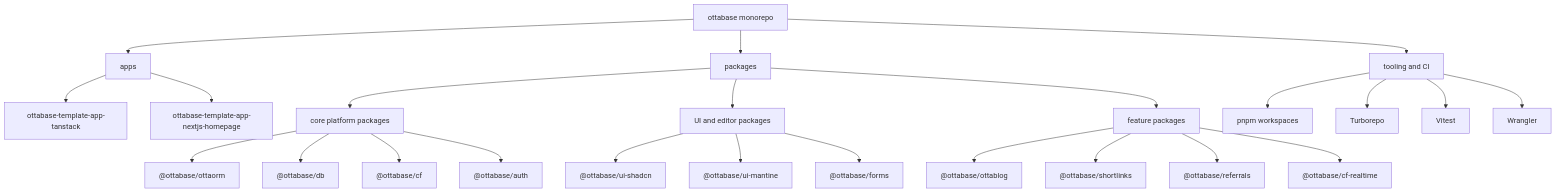
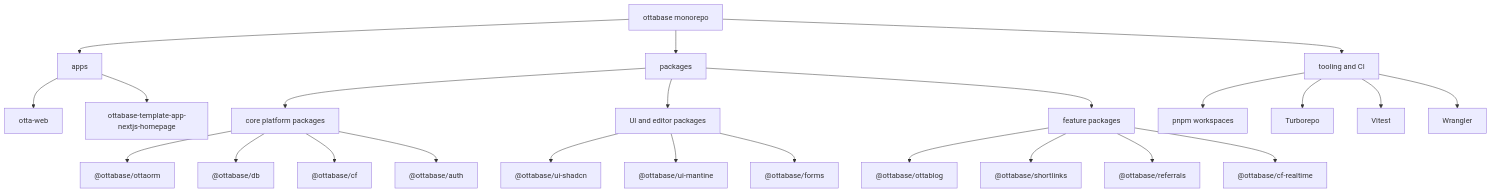
One commit to MikkelScheike/ottabase changed the first of 13 diagrams in ARCHITECTURE.md. Above: the diagram before and after it, drawn with Mermaid. The commit also changed other lines of this file and 364 other files, not shown here.

First line of the commit message:
Rename `ottabase-template-app-tanstack` to `otta-web`

````diff
--- a/ARCHITECTURE.md
+++ b/ARCHITECTURE.md
@@ -16,34 +16,34 @@
 ```mermaid
 flowchart TB
     Root[ottabase monorepo]
 
     Root --> Apps[apps]
     Root --> Packages[packages]
     Root --> Tooling[tooling and CI]
 
-    Apps --> TanStack[ottabase-template-app-tanstack]
+    Apps --> TanStack[otta-web]
     Apps --> Homepage[ottabase-template-app-nextjs-homepage]
 
     Packages --> Core[core platform packages]
     Packages --> UI[UI and editor packages]
     Packages --> Feature[feature packages]
 
     Core --> OttaORM["@ottabase/ottaorm"]
     Core --> DB["@ottabase/db"]
     Core --> CF["@ottabase/cf"]
     Core --> Auth["@ottabase/auth"]
 
     UI --> Shadcn["@ottabase/ui-shadcn"]
     UI --> Mantine["@ottabase/ui-mantine"]
     UI --> Forms["@ottabase/forms"]
 
     Feature --> Blog["@ottabase/ottablog"]
     Feature --> Shortlinks["@ottabase/shortlinks"]
     Feature --> Referrals["@ottabase/referrals"]
     Feature --> Realtime["@ottabase/cf-realtime"]
 
     Tooling --> PNPM[pnpm workspaces]
     Tooling --> Turbo[Turborepo]
     Tooling --> Vitest[Vitest]
     Tooling --> Wrangler[Wrangler]
 ```
````
